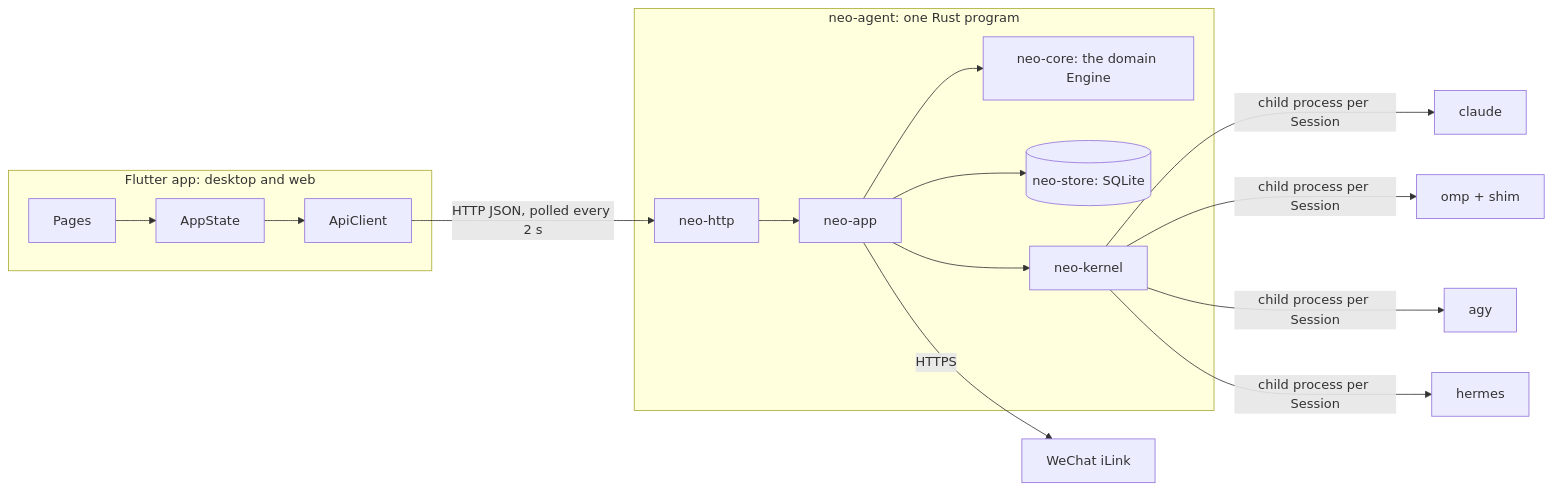
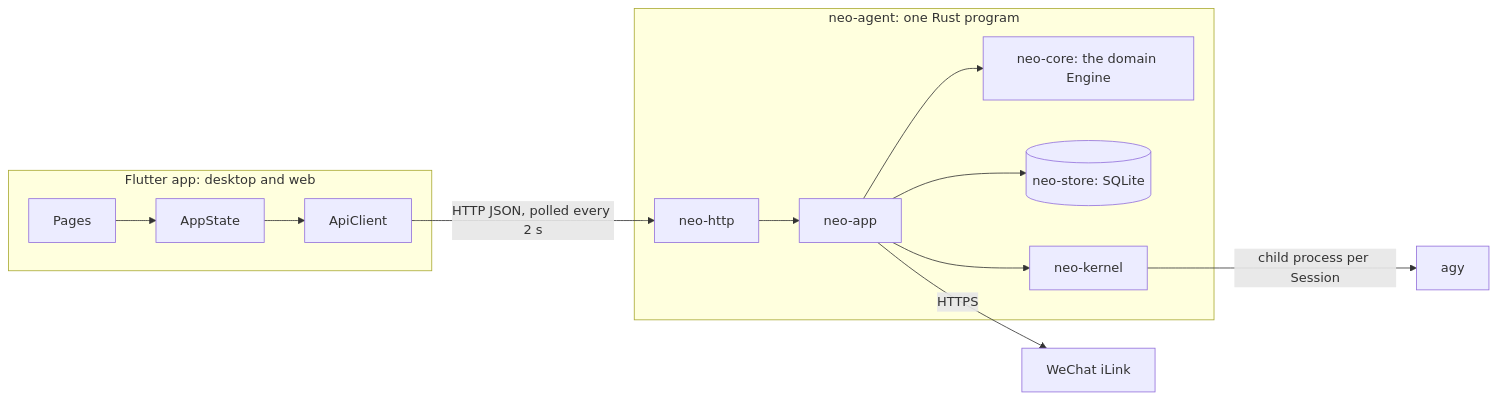
One commit to xbhuang1994/neo changed the diagram in docs/007-architecture.md. Above: the diagram before and after it, drawn with Mermaid. The commit also changed other lines of this file and 110 other files, not shown here.

````diff
--- a/docs/007-architecture.md
+++ b/docs/007-architecture.md
@@ -7,18 +7,15 @@
 ```mermaid
 flowchart LR
   subgraph app [Flutter app: desktop and web]
     UI[Pages] --> State[AppState] --> Client[ApiClient]
   end
   Client -->|HTTP JSON, polled every 2 s| HTTP[neo-http]
   subgraph backend [neo-agent: one Rust program]
     HTTP --> App[neo-app]
     App --> Core[neo-core: the domain Engine]
     App --> Store[(neo-store: SQLite)]
     App --> Kernel[neo-kernel]
   end
-  Kernel -->|child process per Session| Claude[claude]
-  Kernel -->|child process per Session| OMP[omp + shim]
   Kernel -->|child process per Session| AGY[agy]
-  Kernel -->|child process per Session| Hermes[hermes]
   App -->|HTTPS| WeChat[WeChat iLink]
 ```
````
